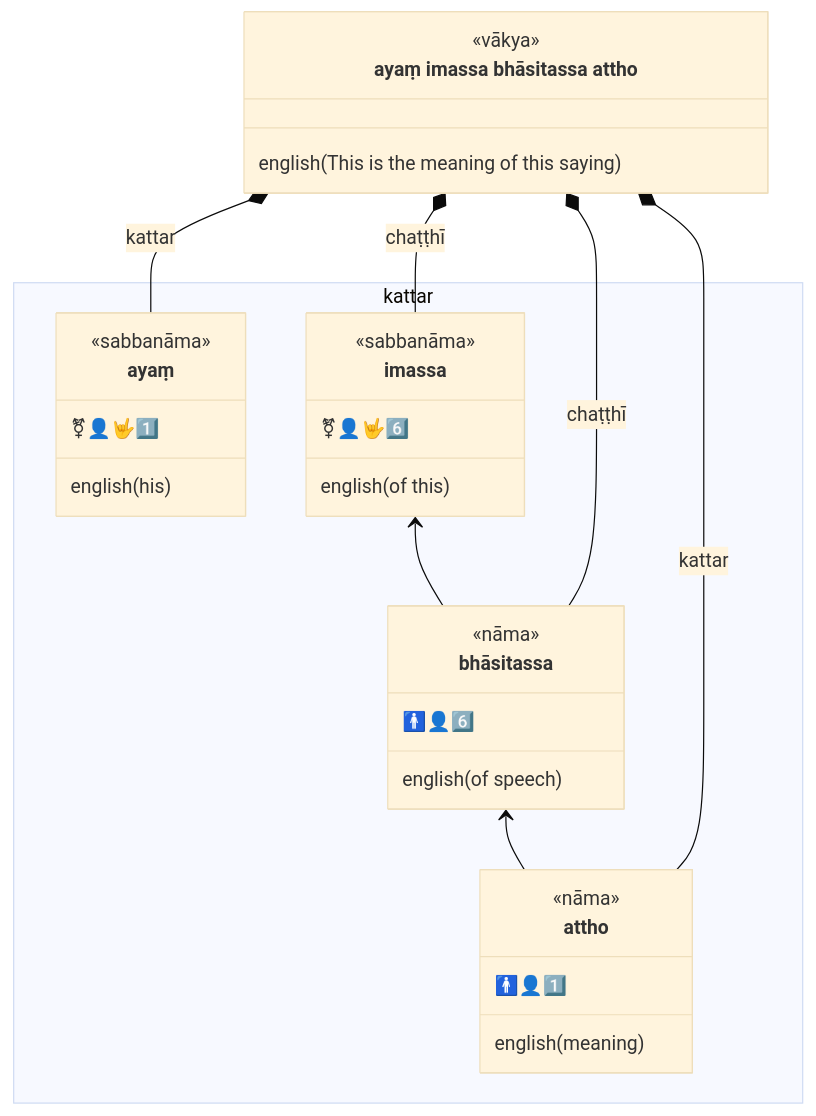
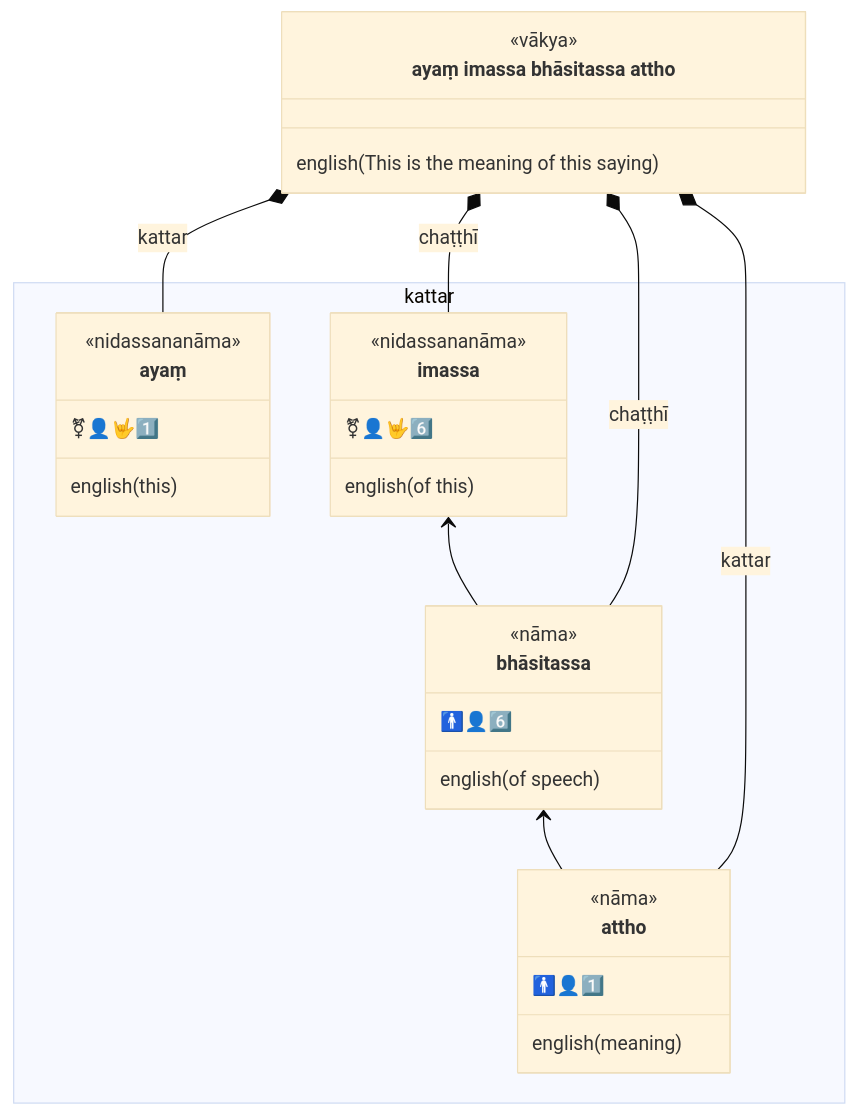
Diagram 40 of 60 in content/en/docs/Pali/sentences.md (ChristineTham/buddhavacana), drawn with Mermaid (base theme) before and after one commit. The commit also changed other lines of this file and 3 other files, not shown here.

````diff
--- a/content/en/docs/Pali/sentences.md
+++ b/content/en/docs/Pali/sentences.md
@@ -1328,35 +1328,35 @@
 ```mermaid
 classDiagram
   class sentence["ayaṃ imassa bhāsitassa attho"] {
     <<vākya>>
     english(This is the meaning of this saying)
   }
   namespace kattar {
     class ayaṃ {
-      <<sabbanāma>>
+      <<nidassananāma>>
       ⚧👤🤟1️⃣
-      english(his)
+      english(this)
     }
     class imassa {
-      <<sabbanāma>>
+      <<nidassananāma>>
       ⚧👤🤟6️⃣
       english(of this)
     }
     class bhāsitassa {
       <<nāma>>
       🚹👤6️⃣
       english(of speech)
     }
     class attho {
       <<nāma>>
       🚹👤1️⃣
       english(meaning)
     }
   }
   imassa <-- bhāsitassa
   bhāsitassa <-- attho
   sentence *-- ayaṃ : kattar
   sentence *-- imassa : chaṭṭhī
   sentence *-- bhāsitassa : chaṭṭhī
   sentence *-- attho : kattar
 ```
````
